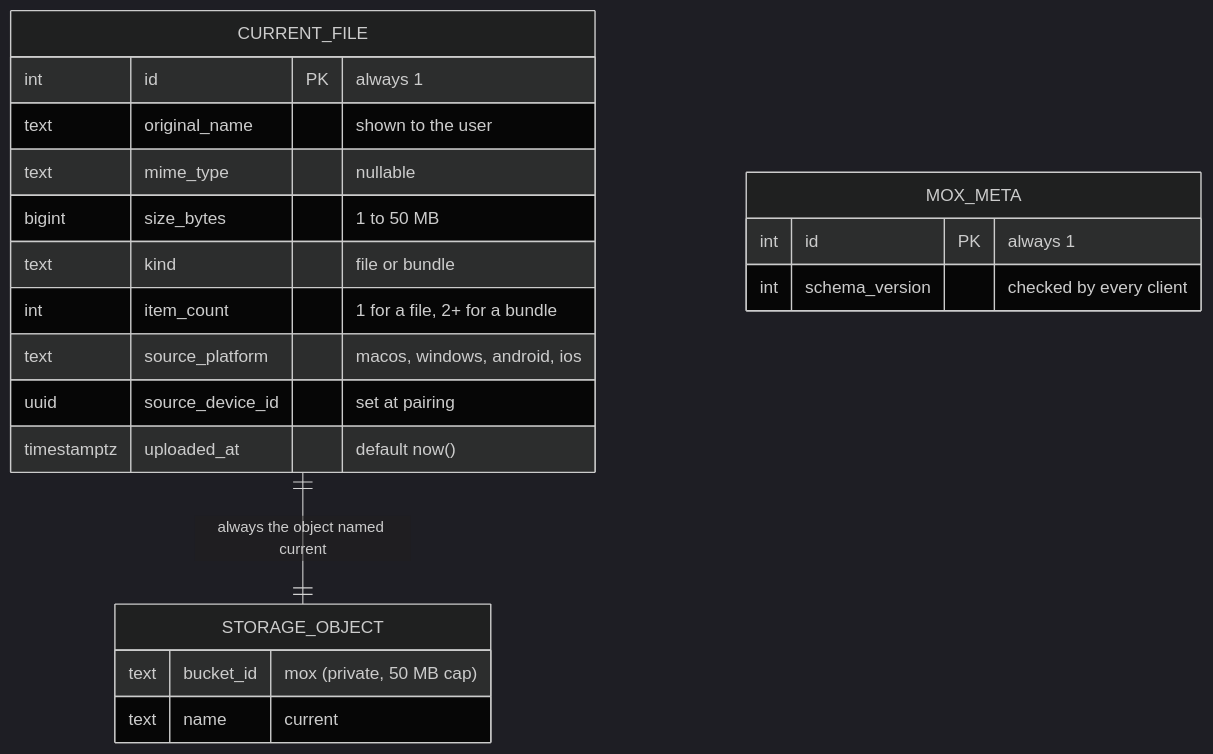
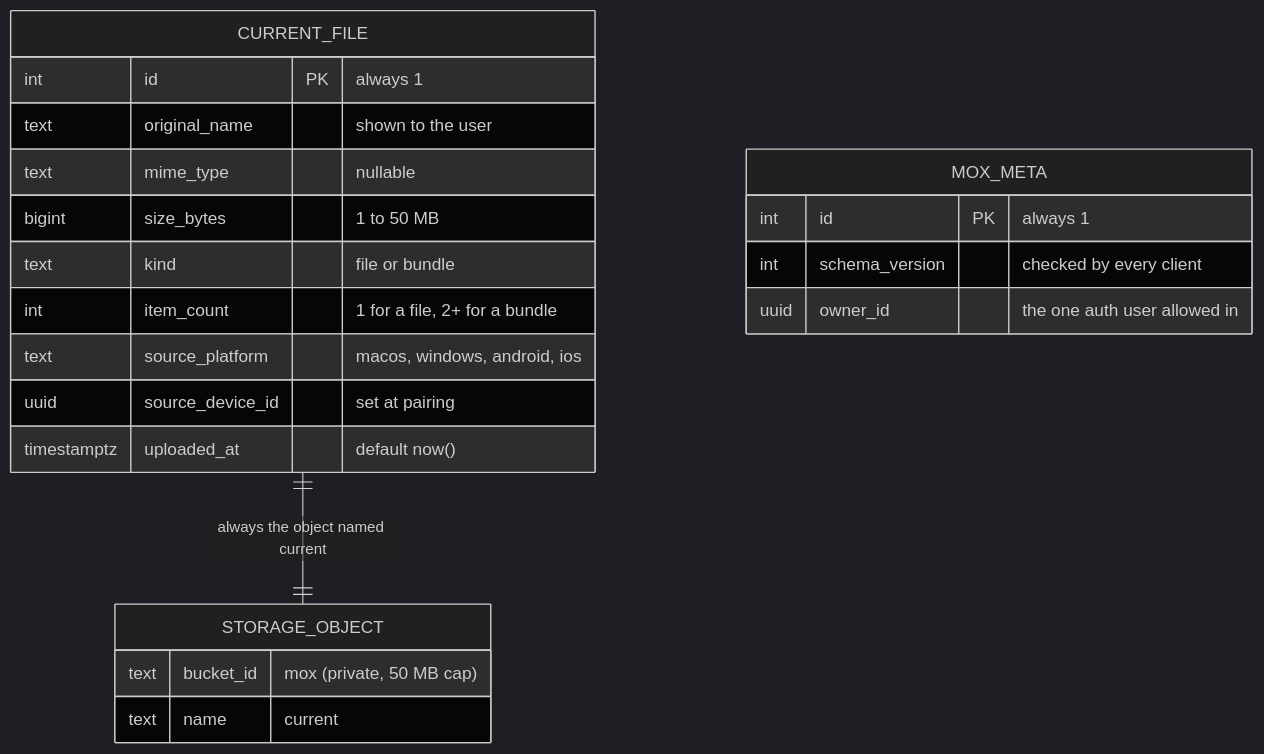
One commit to GiamSoo23/Mox changed the fourth of 5 diagrams in docs/DESIGN.md. Above: the diagram before and after it, drawn with Mermaid (dark theme). The commit also changed other lines of this file and 1 other file, not shown here.

First line of the commit message:
docs: record the owner-only v2 design (#40) in DESIGN and backend README

````diff
--- a/docs/DESIGN.md
+++ b/docs/DESIGN.md
@@ -218,23 +232,24 @@
 ```mermaid
 erDiagram
     CURRENT_FILE ||--|| STORAGE_OBJECT : "always the object named current"
     CURRENT_FILE {
         int id PK "always 1"
         text original_name "shown to the user"
         text mime_type "nullable"
         bigint size_bytes "1 to 50 MB"
         text kind "file or bundle"
         int item_count "1 for a file, 2+ for a bundle"
         text source_platform "macos, windows, android, ios"
         uuid source_device_id "set at pairing"
         timestamptz uploaded_at "default now()"
     }
     STORAGE_OBJECT {
         text bucket_id "mox (private, 50 MB cap)"
         text name "current"
     }
     MOX_META {
         int id PK "always 1"
         int schema_version "checked by every client"
+        uuid owner_id "the one auth user allowed in"
     }
 ```
````
